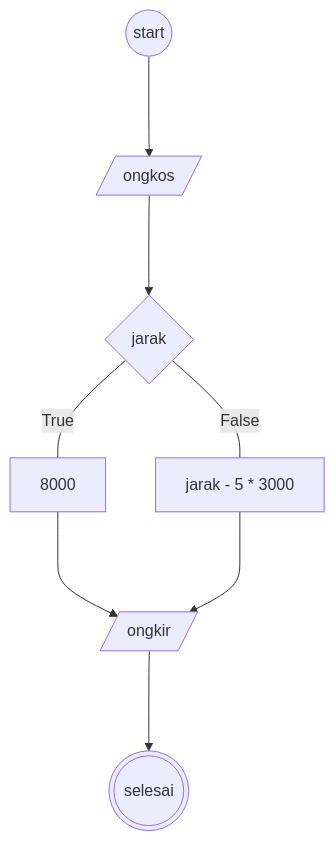
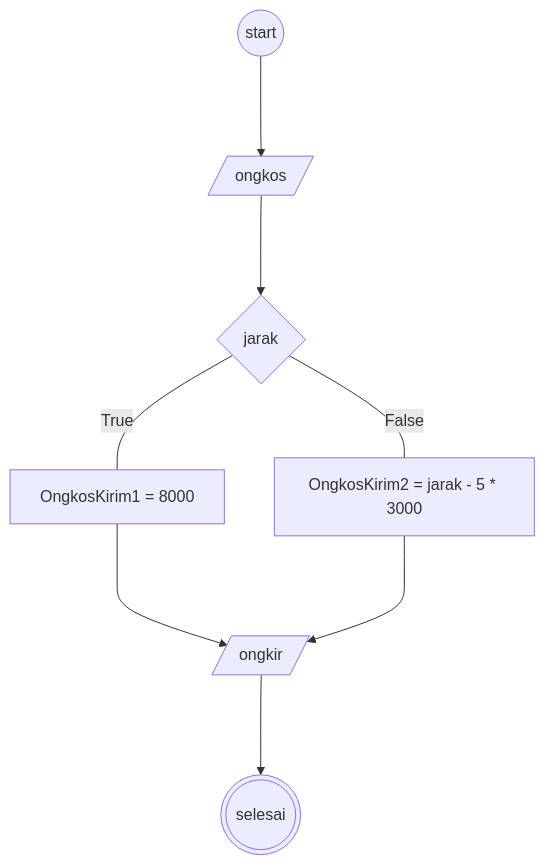
Before and after one commit to VirgilIw/koda-b4-algoritma: the diagram in minitask8.md, drawn with Mermaid.

````diff
--- a/minitask8.md
+++ b/minitask8.md
@@ -1,17 +1,17 @@
 ```mermaid
 flowchart TB
 
 circle((start))
 
 circle--->id[/ongkos/]
 
 id--->jauh{jarak}
 
-jauh --True --- ongkos1[8000]
-jauh --False --- ongkos2[jarak - 5 * 3000]
+jauh --True --- ongkos1[OngkosKirim1 = 8000]
+jauh --False --- ongkos2[OngkosKirim2 = jarak - 5 * 3000]
 
 ongkos1 ---> total[/ongkir/]
 ongkos2 ---> total[/ongkir/]
 
 total---> selesai(((selesai)))
 ```
````
